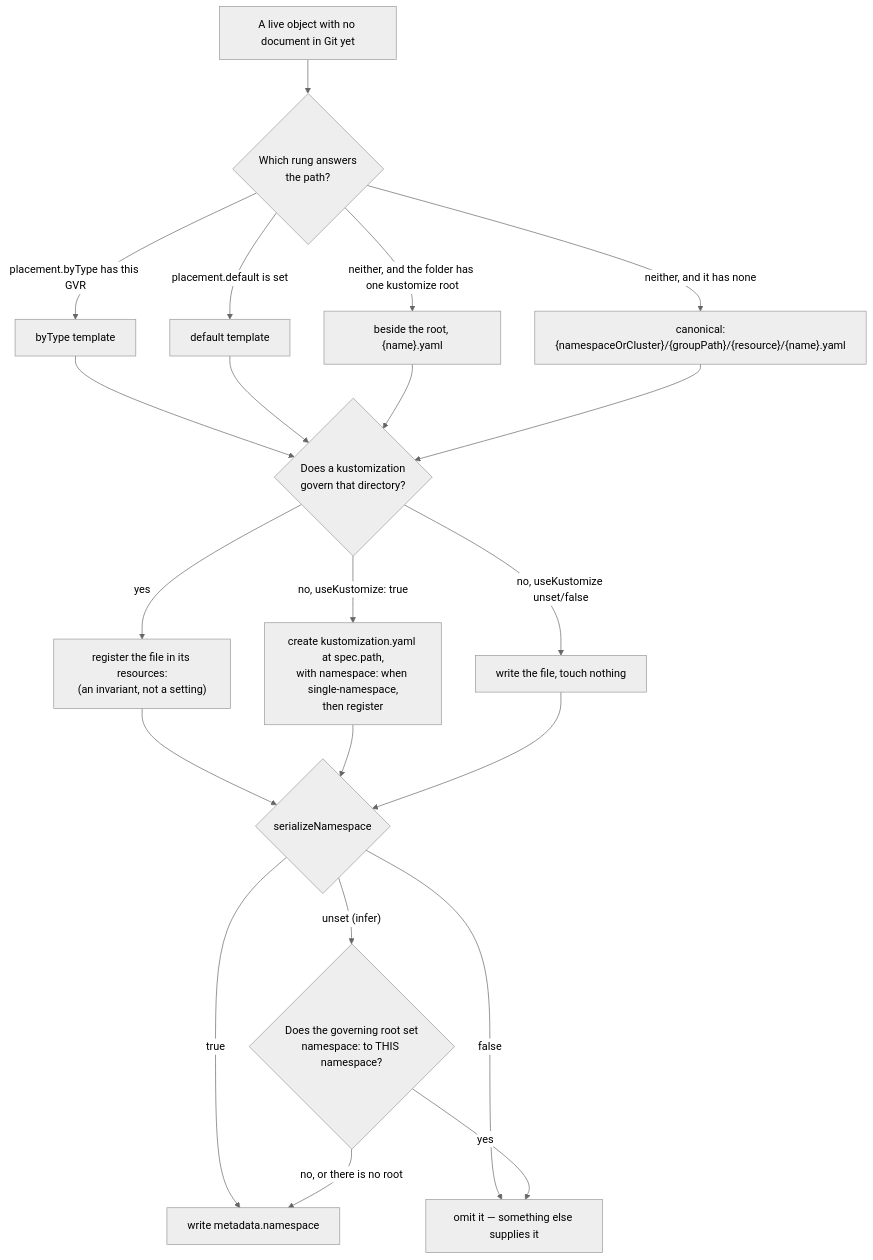
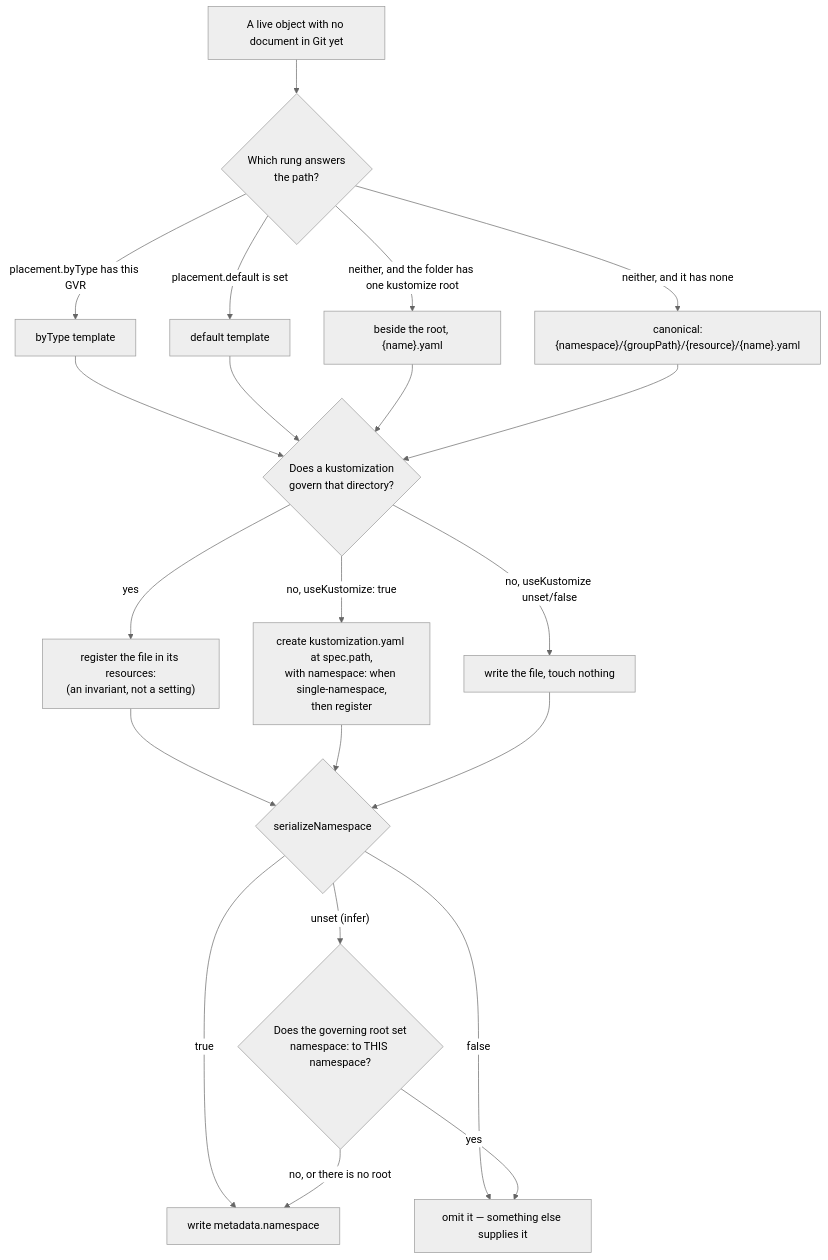
Before and after one commit to ConfigButler/gitops-reverser: the first of 2 diagrams in test/fixtures/layout-corpus/shapes/README.md, drawn with Mermaid (neutral theme). The commit also changed other lines of this file and 24 other files, not shown here.

````diff
--- a/test/fixtures/layout-corpus/shapes/README.md
+++ b/test/fixtures/layout-corpus/shapes/README.md
@@ -51,27 +51,27 @@
 ```mermaid
 flowchart TD
   W["A live object with no document in Git yet"] --> P{"Which rung answers<br/>the path?"}
   P -->|"placement.byType has this GVR"| T1["byType template"]
   P -->|"placement.default is set"| T2["default template"]
   P -->|"neither, and the folder has one kustomize root"| T3["beside the root, {name}.yaml"]
-  P -->|"neither, and it has none"| T4["canonical:<br/>{namespaceOrCluster}/{groupPath}/{resource}/{name}.yaml"]
+  P -->|"neither, and it has none"| T4["canonical:<br/>{namespace}/{groupPath}/{resource}/{name}.yaml"]
 
   T1 --> K{"Does a kustomization<br/>govern that directory?"}
   T2 --> K
   T3 --> K
   T4 --> K
 
   K -->|yes| R["register the file in its resources:<br/>(an invariant, not a setting)"]
   K -->|"no, useKustomize: true"| C["create kustomization.yaml at spec.path,<br/>with namespace: when single-namespace,<br/>then register"]
   K -->|"no, useKustomize unset/false"| N["write the file, touch nothing"]
 
   R --> S{"serializeNamespace"}
   C --> S
   N --> S
 
   S -->|"true"| Y["write metadata.namespace"]
   S -->|"false"| O["omit it — something else supplies it"]
   S -->|"unset (infer)"| I{"Does the governing root set<br/>namespace: to THIS namespace?"}
   I -->|yes| O
   I -->|"no, or there is no root"| Y
 ```
````
